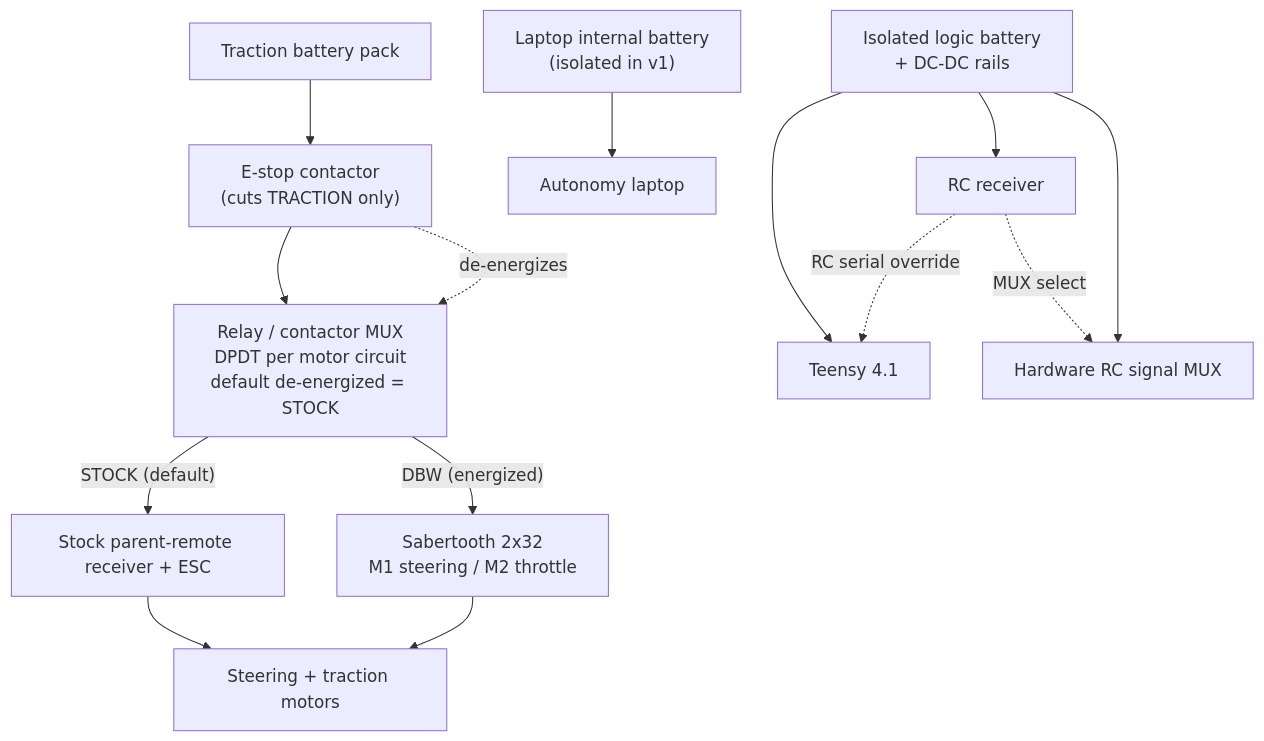
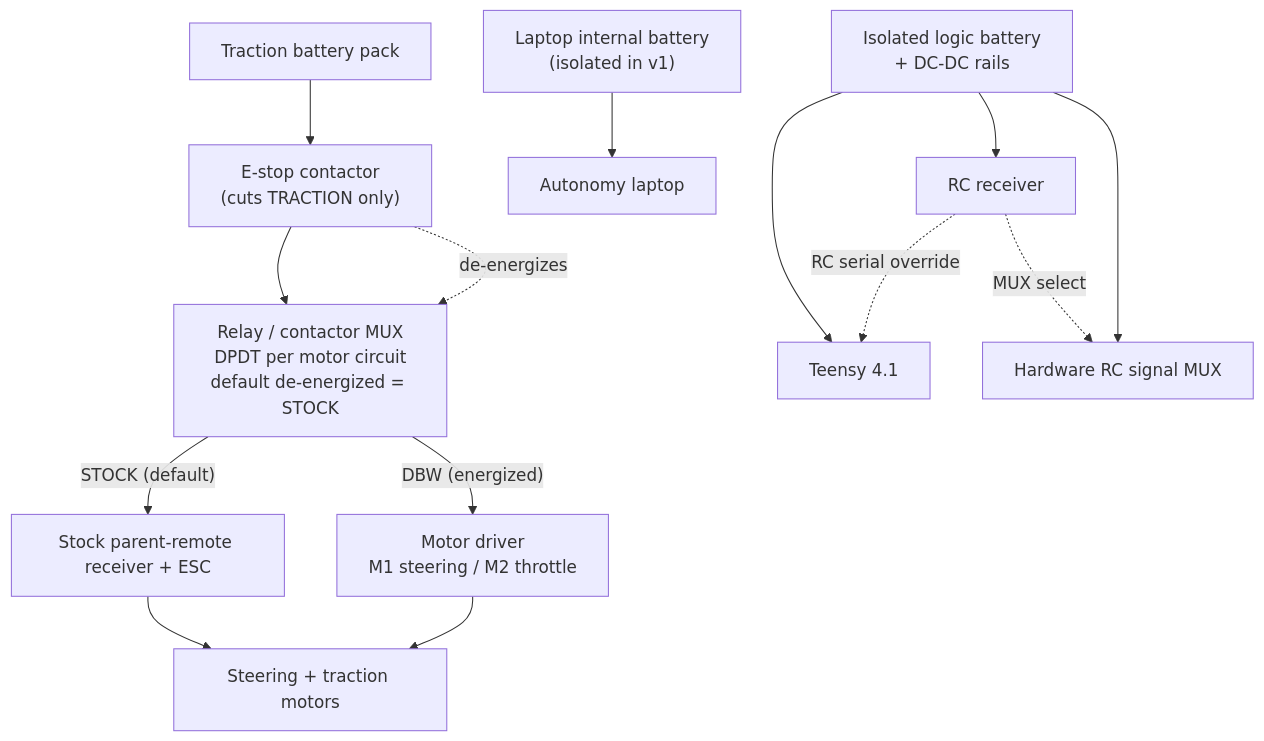
One commit to jrkwon/mrider changed the third of 3 diagrams in docs/design/architecture.md. Above: the diagram before and after it, drawn with Mermaid. The commit also changed other lines of this file and 4 other files, not shown here.

````diff
--- a/docs/design/architecture.md
+++ b/docs/design/architecture.md
@@ -184,24 +184,24 @@
 ```mermaid
 flowchart TB
     PACK["Traction battery pack"]
     LOGIC["Isolated logic battery<br/>+ DC-DC rails"]
 
     PACK --> ESTOP["E-stop contactor<br/>(cuts TRACTION only)"]
     ESTOP --> MUX["Relay / contactor MUX<br/>DPDT per motor circuit<br/>default de-energized = STOCK"]
 
     MUX -- "STOCK (default)" --> STOCKRX["Stock parent-remote receiver + ESC"]
-    MUX -- "DBW (energized)" --> SABER["Sabertooth 2x32<br/>M1 steering / M2 throttle"]
+    MUX -- "DBW (energized)" --> SABER["Motor driver<br/>M1 steering / M2 throttle"]
 
     STOCKRX --> MOTORS["Steering + traction motors"]
     SABER --> MOTORS
 
     LOGIC --> TEENSY["Teensy 4.1"]
     LOGIC --> RCRX["RC receiver"]
     LOGIC --> SMUX["Hardware RC signal MUX"]
 
     LAPBAT["Laptop internal battery<br/>(isolated in v1)"] --> LAPTOP["Autonomy laptop"]
 
     RCRX -. "RC serial override" .-> TEENSY
     RCRX -. "MUX select" .-> SMUX
     ESTOP -. "de-energizes" .-> MUX
 ```
````
